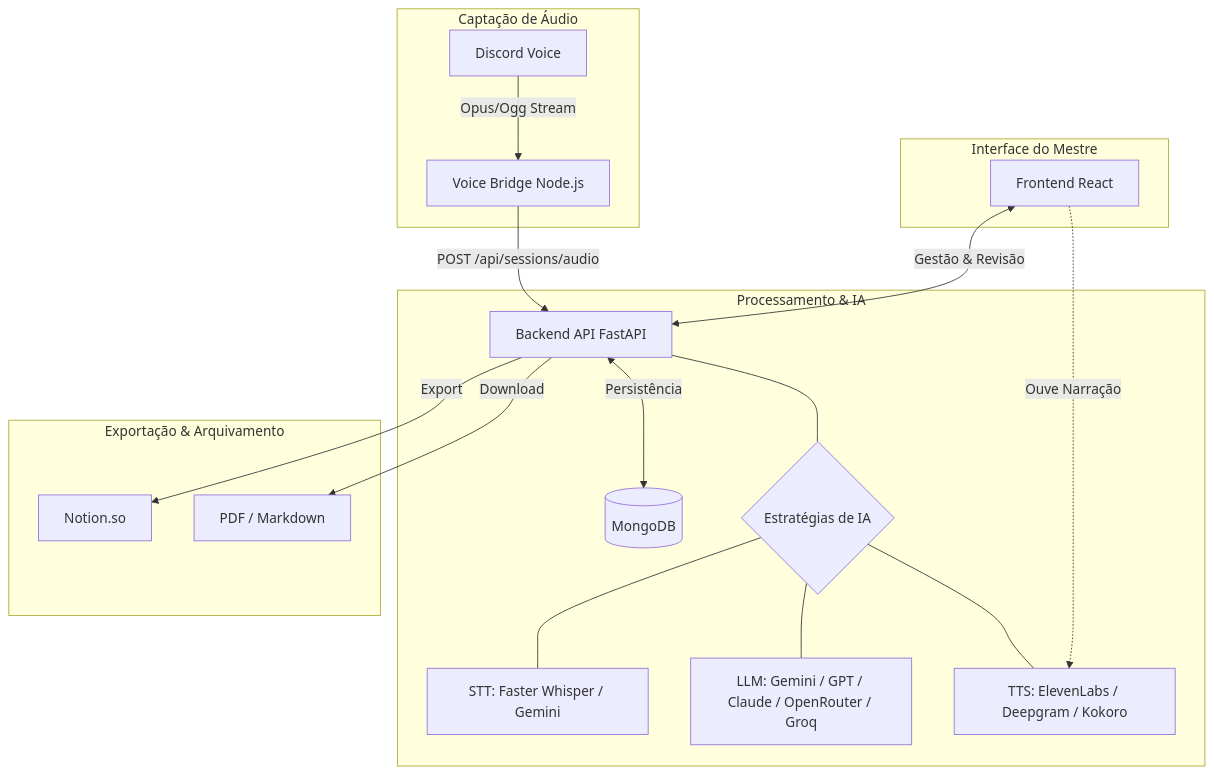
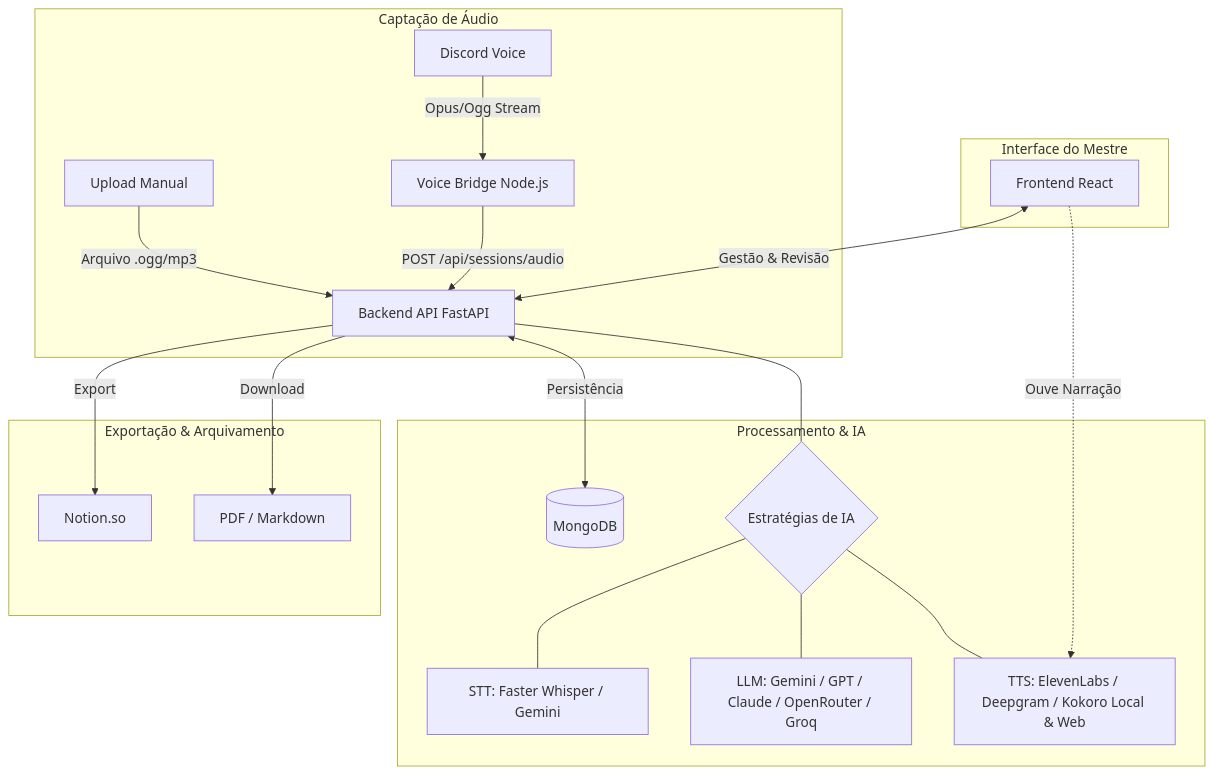
The diagram in README.md (mukasc/EchoBot), drawn with Mermaid before and after one commit. The commit also changed other lines of this file, not shown here.

Commit message:
docs: update README.md with proprietary license, manual upload and kokoro improvements

````diff
--- a/README.md
+++ b/README.md
@@ -33,39 +34,40 @@
 ```mermaid
 graph TD
     subgraph "Captação de Áudio"
         A[Discord Voice] -->|Opus/Ogg Stream| B[Voice Bridge Node.js]
+        A1[Upload Manual] -->|Arquivo .ogg/mp3| C
     end
 
     subgraph "Processamento & IA"
         C[Backend API FastAPI]
         D[(MongoDB)]
         E{Estratégias de IA}
         
         E1[STT: Faster Whisper / Gemini]
         E2[LLM: Gemini / GPT / Claude / OpenRouter / Groq]
-        E3[TTS: ElevenLabs / Deepgram / Kokoro]
+        E3[TTS: ElevenLabs / Deepgram / Kokoro Local & Web]
     end
 
     subgraph "Interface do Mestre"
         G[Frontend React]
     end
 
     subgraph "Exportação & Arquivamento"
         F[Notion.so]
         H[PDF / Markdown]
     end
 
     B -->|POST /api/sessions/audio| C
     C <-->|Persistência| D
     
     C --- E
     E --- E1
     E --- E2
     E --- E3
     
     C -->|Export| F
     C -->|Download| H
     
     G <-->|Gestão & Revisão| C
     G -.->|Ouve Narração| E3
 ```
````
